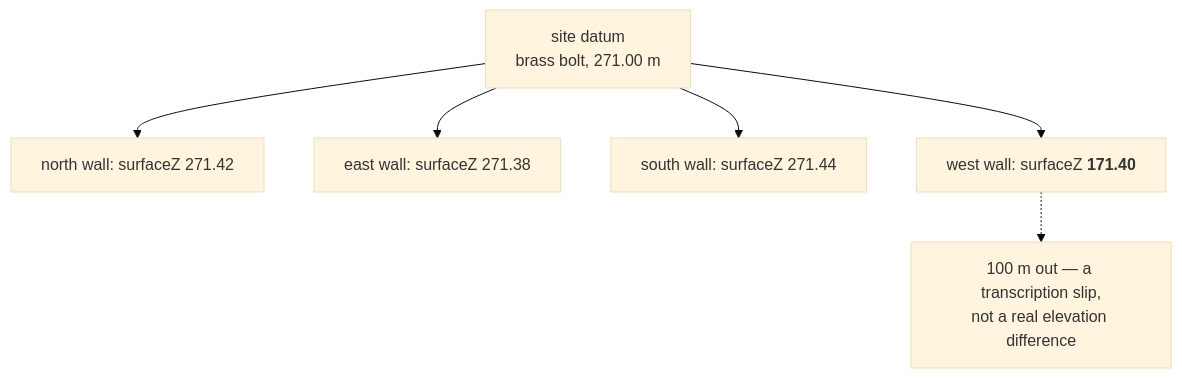
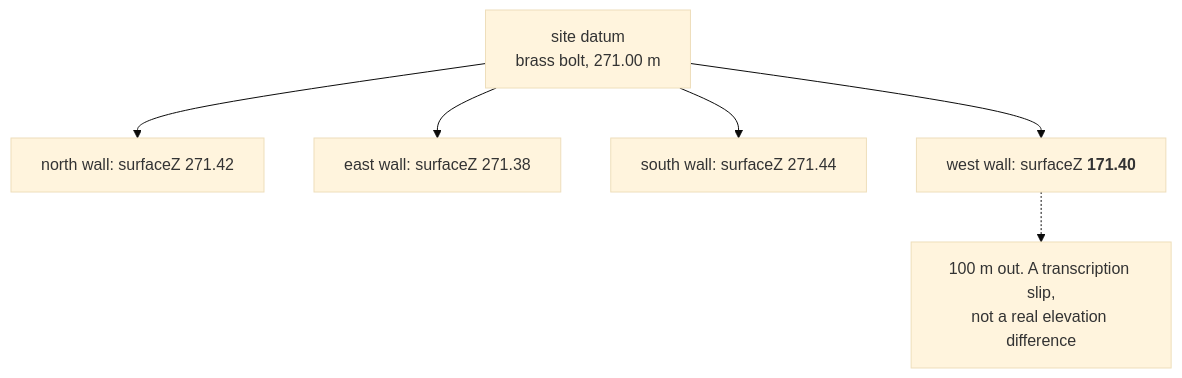
Before and after one commit to jennarbates/StratigraphyGenerator: the diagram in docs/archaeology/datum.md, drawn with Mermaid (base theme). The commit also changed other lines of this file and 309 other files, not shown here.

````diff
--- a/docs/archaeology/datum.md
+++ b/docs/archaeology/datum.md
@@ -41,9 +41,9 @@
 ```mermaid
 flowchart TB
   D["site datum<br/>brass bolt, 271.00 m"]
   D --> N["north wall: surfaceZ 271.42"]
   D --> E["east wall: surfaceZ 271.38"]
   D --> S["south wall: surfaceZ 271.44"]
   D --> W["west wall: surfaceZ <b>171.40</b>"]
-  W -.-> X["100 m out — a transcription slip,<br/>not a real elevation difference"]
+  W -.-> X["100 m out. A transcription slip,<br/>not a real elevation difference"]
 ```
````
